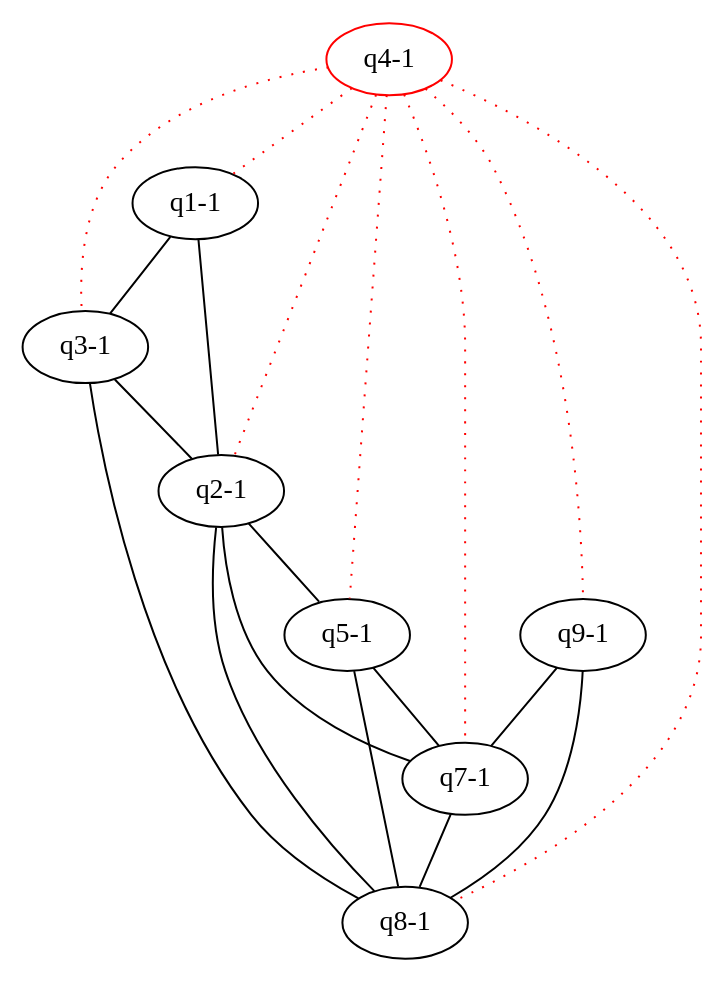
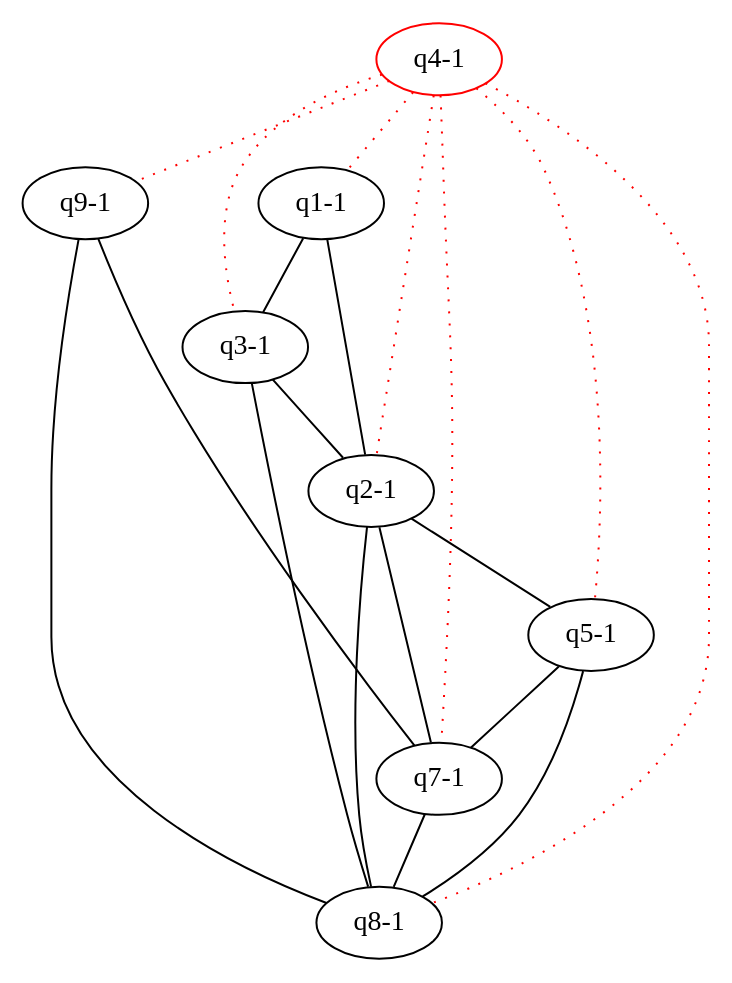
Before and after one commit to michaelweiss/keygraph: the diagram in dot/d1.dot, drawn with Graphviz. The commit also changed other lines of this file and 7 other files, not shown here.

```diff
--- a/dot/d1.dot
+++ b/dot/d1.dot
@@ -1,30 +1,30 @@
 graph keygraph {
 graph [size="10,10"]
+"q9-1" [color="black"]
 "q2-1" [color="black"]
+"q8-1" [color="black"]
+"q3-1" [color="black"]
+"q7-1" [color="black"]
+"q1-1" [color="black"]
 "q5-1" [color="black"]
-"q8-1" [color="black"]
-"q9-1" [color="black"]
-"q1-1" [color="black"]
-"q7-1" [color="black"]
-"q3-1" [color="black"]
 "q4-1" [color="red"]
 "q3-1"--"q8-1"
 "q2-1"--"q5-1"
 "q9-1"--"q7-1"
 "q9-1"--"q8-1"
 "q1-1"--"q3-1"
 "q2-1"--"q7-1"
 "q2-1"--"q8-1"
 "q1-1"--"q2-1"
 "q3-1"--"q2-1"
 "q5-1"--"q7-1"
 "q5-1"--"q8-1"
 "q7-1"--"q8-1"
 "q4-1"--"q9-1" [color="red", style="dotted"]
 "q4-1"--"q2-1" [color="red", style="dotted"]
+"q4-1"--"q8-1" [color="red", style="dotted"]
+"q4-1"--"q3-1" [color="red", style="dotted"]
+"q4-1"--"q7-1" [color="red", style="dotted"]
+"q4-1"--"q1-1" [color="red", style="dotted"]
 "q4-1"--"q5-1" [color="red", style="dotted"]
-"q4-1"--"q8-1" [color="red", style="dotted"]
-"q4-1"--"q1-1" [color="red", style="dotted"]
-"q4-1"--"q7-1" [color="red", style="dotted"]
-"q4-1"--"q3-1" [color="red", style="dotted"]
 }
```
